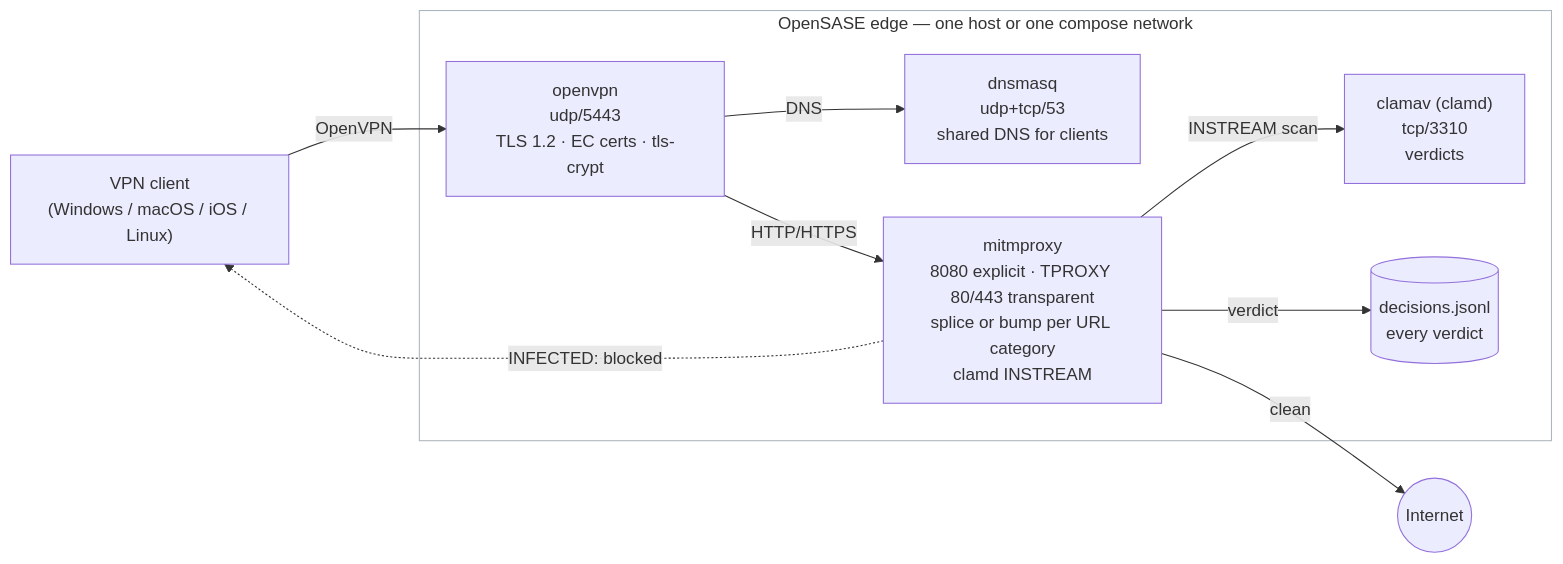
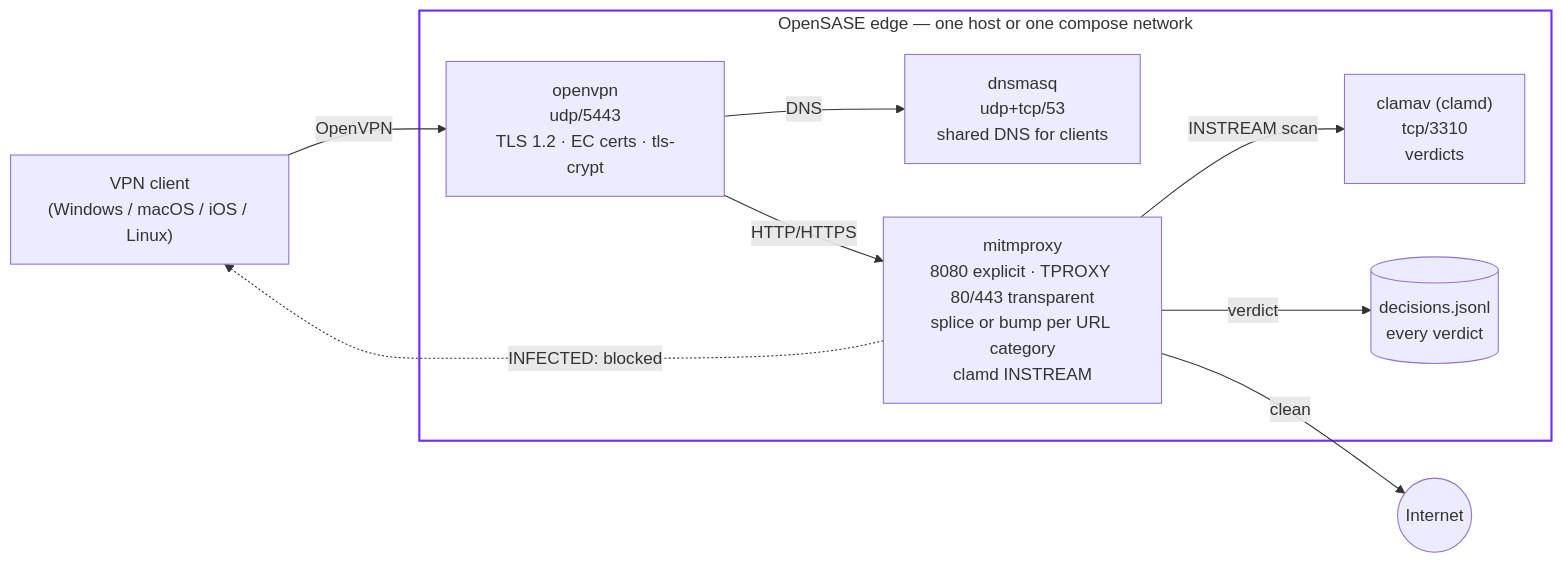
The diagram in docs/architecture.qmd (shsingh/opensase), drawn with Mermaid before and after one commit.

Commit message:
fix(site): purple boundary on the transparent edge subgraph (#69)

````diff
--- a/docs/architecture.qmd
+++ b/docs/architecture.qmd
@@ -7,24 +7,24 @@
 ```{mermaid}
 flowchart LR
     client["VPN client<br/>(Windows / macOS / iOS / Linux)"]
 
     subgraph edge["OpenSASE edge — one host or one compose network"]
         vpn["openvpn<br/>udp/5443<br/>TLS 1.2 · EC certs · tls-crypt"]
         dns["dnsmasq<br/>udp+tcp/53<br/>shared DNS for clients"]
         mitm["mitmproxy<br/>8080 explicit · TPROXY 80/443 transparent<br/>splice or bump per URL category<br/>clamd INSTREAM"]
         clam["clamav (clamd)<br/>tcp/3310<br/>verdicts"]
         log[("decisions.jsonl<br/>every verdict")]
     end
 
     net((Internet))
 
     client -- "OpenVPN" --> vpn
     vpn -- "DNS" --> dns
     vpn -- "HTTP/HTTPS" --> mitm
     mitm -- "INSTREAM scan" --> clam
     mitm -- "verdict" --> log
     mitm -- "clean" --> net
     mitm -. "INFECTED: blocked" .-> client
 
-    style edge fill:transparent,stroke:#adb5bd
+    style edge fill:transparent,stroke:#712cf9,stroke-width:2px
 ```
````
